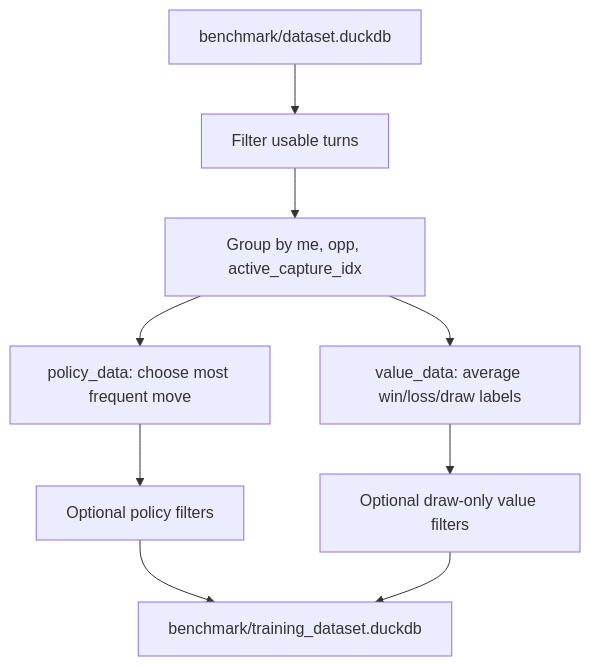
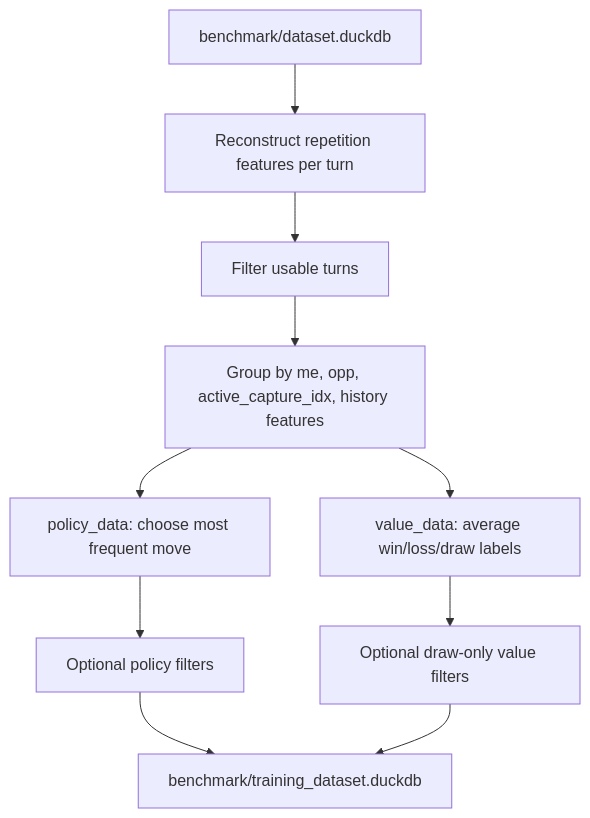
One commit to hamedzurat/kribu changed the diagram in doc/extract_data.md. Above: the diagram before and after it, drawn with Mermaid. The commit also changed other lines of this file and 8 other files, not shown here.

Commit message:
feat: incorporate repetition-aware history features into training data extraction pipeline

````diff
--- a/doc/extract_data.md
+++ b/doc/extract_data.md
@@ -79,11 +119,12 @@
 ```mermaid
 flowchart TD
-    A["benchmark/dataset.duckdb"] --> B["Filter usable turns"]
-    B --> C["Group by me, opp, active_capture_idx"]
-    C --> D["policy_data: choose most frequent move"]
-    C --> E["value_data: average win/loss/draw labels"]
-    D --> F["Optional policy filters"]
-    E --> G["Optional draw-only value filters"]
-    F --> H["benchmark/training_dataset.duckdb"]
-    G --> H
+    A["benchmark/dataset.duckdb"] --> B["Reconstruct repetition features per turn"]
+    B --> C["Filter usable turns"]
+    C --> D["Group by me, opp, active_capture_idx, history features"]
+    D --> E["policy_data: choose most frequent move"]
+    D --> F["value_data: average win/loss/draw labels"]
+    E --> G["Optional policy filters"]
+    F --> H["Optional draw-only value filters"]
+    G --> I["benchmark/training_dataset.duckdb"]
+    H --> I
 ```
````
